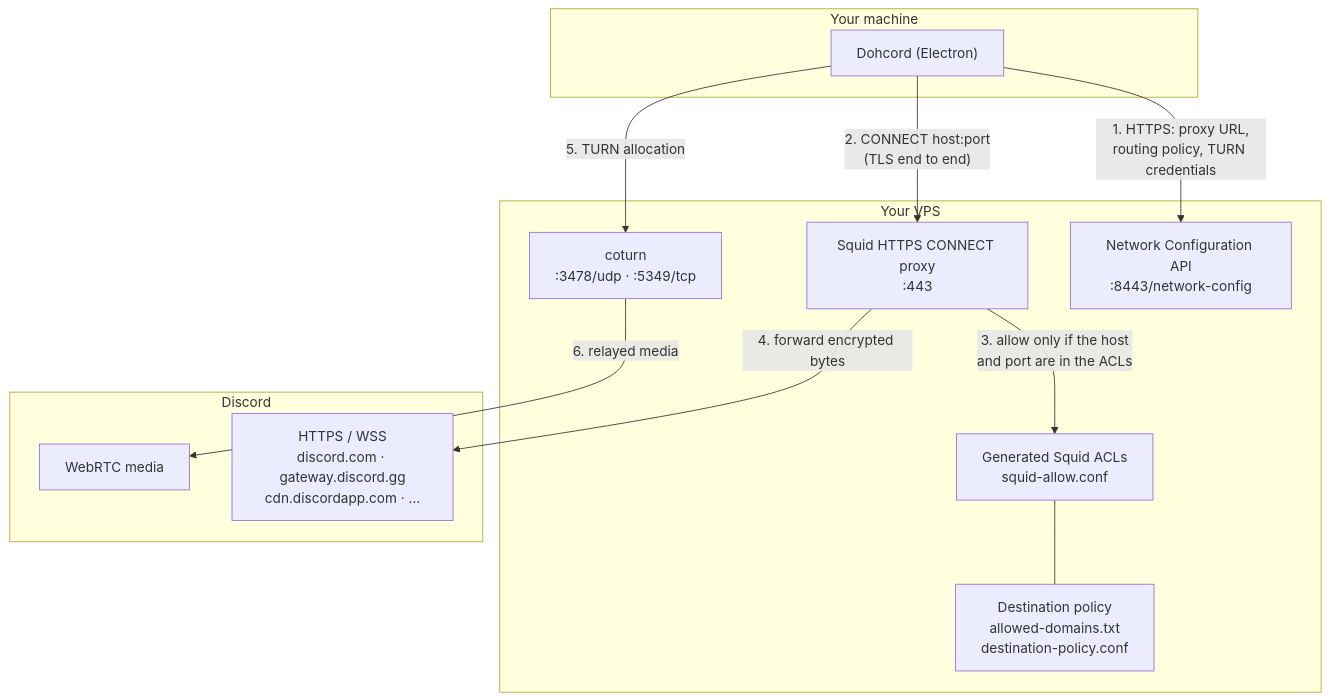
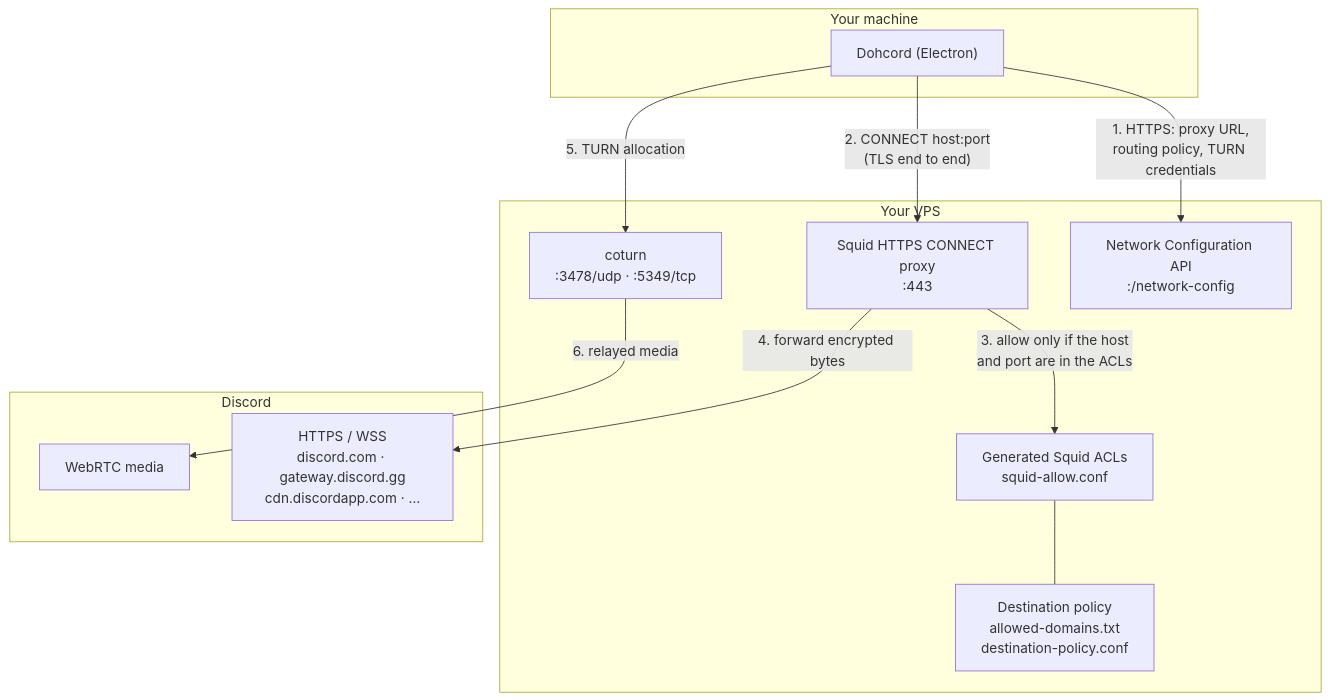
The diagram in README.md (Newipe/Dohcord-relay), drawn with Mermaid before and after one commit. The commit also changed other lines of this file and 24 other files, not shown here.

````diff
--- a/README.md
+++ b/README.md
@@ -117,27 +136,27 @@
 ```mermaid
 flowchart TB
     subgraph client["Your machine"]
         D["Dohcord (Electron)"]
     end
 
     subgraph vps["Your VPS"]
-        API["Network Configuration API<br/>:8443/network-config"]
+        API["Network Configuration API<br/>:<configured port>/network-config"]
         SQ["Squid HTTPS CONNECT proxy<br/>:443"]
         POLICY["Destination policy<br/>allowed-domains.txt<br/>destination-policy.conf"]
         ACL["Generated Squid ACLs<br/>squid-allow.conf"]
         TURN["coturn<br/>:3478/udp · :5349/tcp"]
     end
 
     subgraph discord["Discord"]
         WEB["HTTPS / WSS<br/>discord.com · gateway.discord.gg<br/>cdn.discordapp.com · …"]
         RTC["WebRTC media"]
     end
 
     D -- "1. HTTPS: proxy URL,<br/>routing policy, TURN credentials" --> API
     D -- "2. CONNECT host:port<br/>(TLS end to end)" --> SQ
     SQ -- "3. allow only if the host<br/>and port are in the ACLs" --> ACL
     ACL --- POLICY
     SQ -- "4. forward encrypted bytes" --> WEB
     D -- "5. TURN allocation" --> TURN
     TURN -- "6. relayed media" --> RTC
 ```
````
